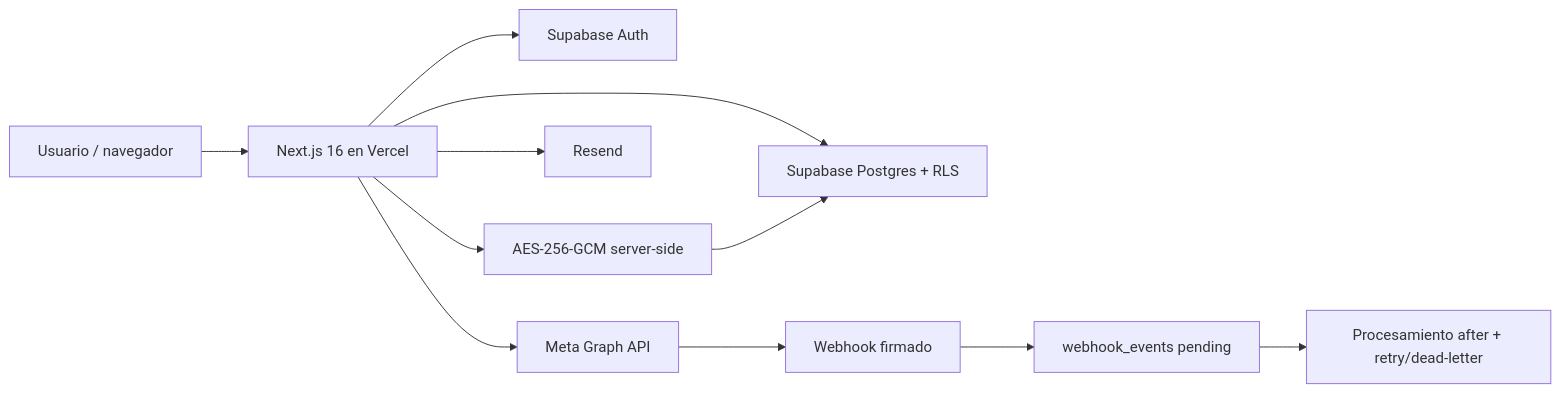
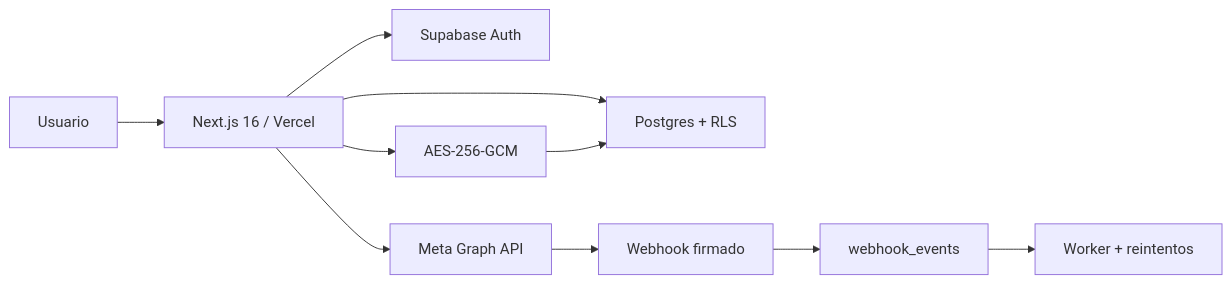
Before and after one commit to estructuradigitalspa-cmyk/estruc: the diagram in docs/production-final-report.md, drawn with Mermaid. The commit also changed other lines of this file and 1 other file, not shown here.

````diff
--- a/docs/production-final-report.md
+++ b/docs/production-final-report.md
@@ -11,13 +17,12 @@
 ```mermaid
 flowchart LR
-  U["Usuario / navegador"] --> N["Next.js 16 en Vercel"]
-  N --> A["Supabase Auth"]
-  N --> D["Supabase Postgres + RLS"]
-  N --> M["Meta Graph API"]
-  M --> W["Webhook firmado"]
-  W --> Q["webhook_events pending"]
-  Q --> P["Procesamiento after + retry/dead-letter"]
-  N --> R["Resend"]
-  N --> C["AES-256-GCM server-side"]
+  U["Usuario"] --> V["Next.js 16 / Vercel"]
+  V --> A["Supabase Auth"]
+  V --> D["Postgres + RLS"]
+  V --> G["Meta Graph API"]
+  G --> H["Webhook firmado"]
+  H --> Q["webhook_events"]
+  Q --> W["Worker + reintentos"]
+  V --> C["AES-256-GCM"]
   C --> D
 ```
````
